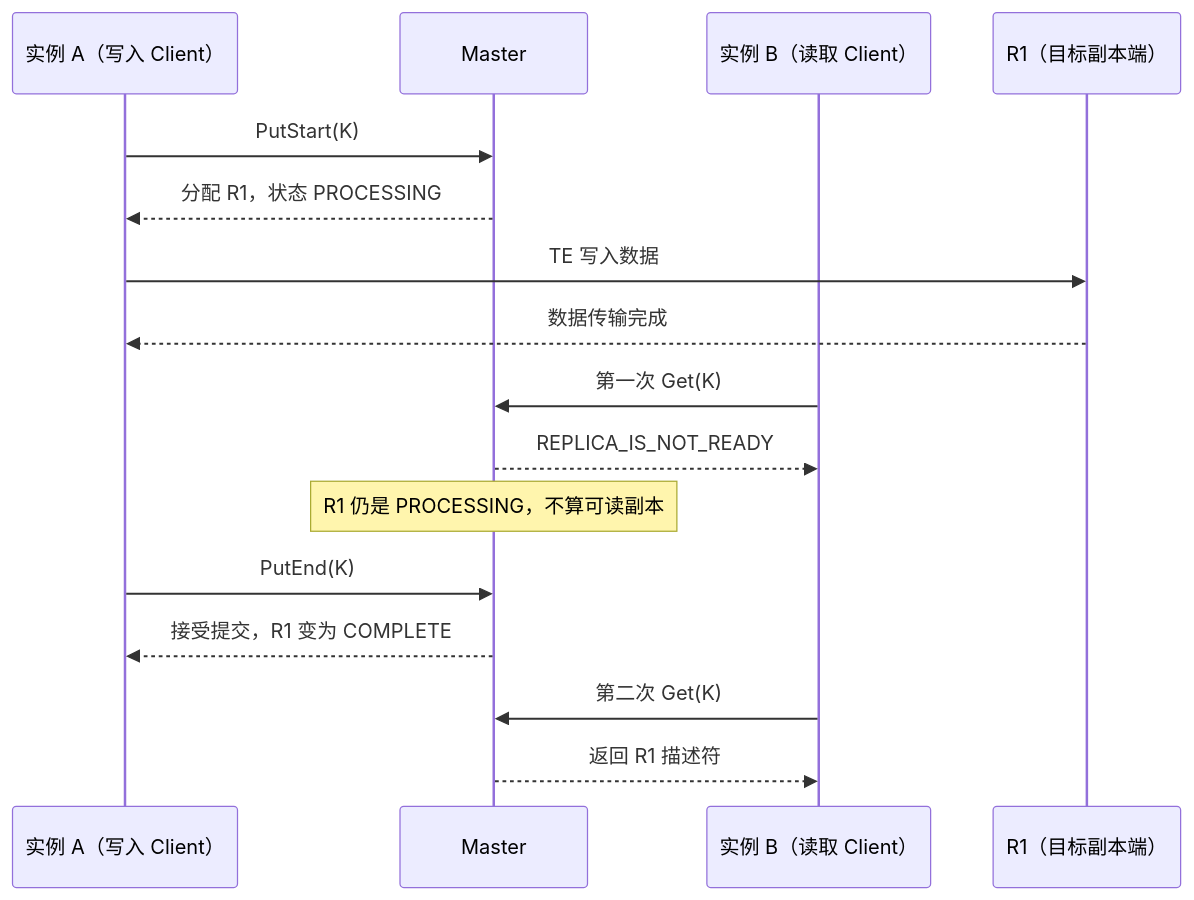
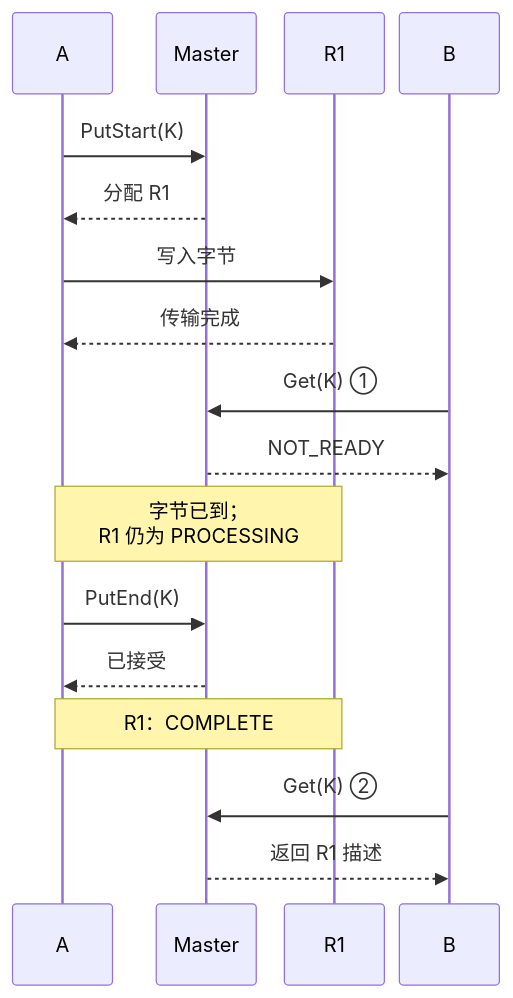
Before and after one commit to Hansyangxingxiang/Mooncake: the diagram in mooncake-kv-cache-series/wechat/03-put-visibility.md, drawn with Mermaid. The commit also changed other lines of this file and 66 other files, not shown here.

First line of the commit message:
[Docs] Refine WeChat KV cache diagrams and mobile publish artifacts

````diff
--- a/mooncake-kv-cache-series/wechat/03-put-visibility.md
+++ b/mooncake-kv-cache-series/wechat/03-put-visibility.md
@@ -31,18 +31,20 @@
 ```mermaid
+%%{init: {"sequence": {"width": 80, "actorMargin": 12, "messageMargin": 22}}}%%
 sequenceDiagram
-    participant A as 实例 A（写入 Client）
+    participant A as A
     participant M as Master
-    participant B as 实例 B（读取 Client）
-    participant R1 as R1（目标副本端）
+    participant R1 as R1
+    participant B as B
     A->>M: PutStart(K)
-    M-->>A: 分配 R1，状态 PROCESSING
-    A->>R1: TE 写入数据
-    R1-->>A: 数据传输完成
-    B->>M: 第一次 Get(K)
-    M-->>B: REPLICA_IS_NOT_READY
-    Note over M: R1 仍是 PROCESSING，不算可读副本
+    M-->>A: 分配 R1
+    A->>R1: 写入字节
+    R1-->>A: 传输完成
+    B->>M: Get(K) ①
+    M-->>B: NOT_READY
+    Note over A,R1: 字节已到；<br/>R1 仍为 PROCESSING
     A->>M: PutEnd(K)
-    M-->>A: 接受提交，R1 变为 COMPLETE
-    B->>M: 第二次 Get(K)
-    M-->>B: 返回 R1 描述符
+    M-->>A: 已接受
+    Note over A,R1: R1：COMPLETE
+    B->>M: Get(K) ②
+    M-->>B: 返回 R1 描述
 ```
````
